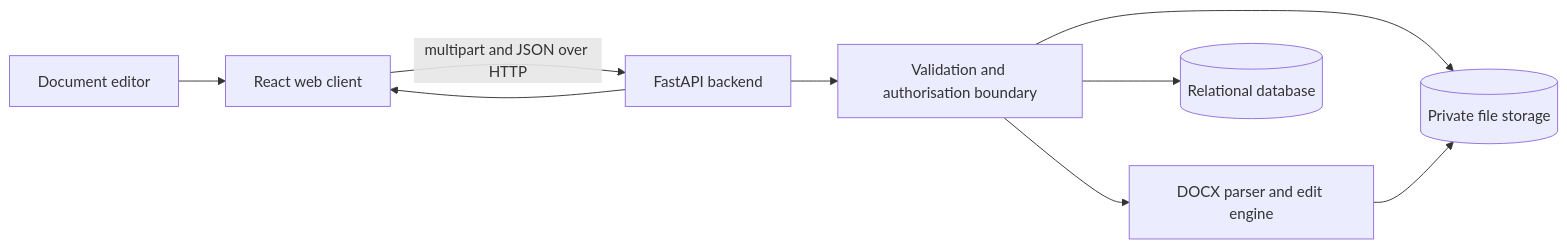
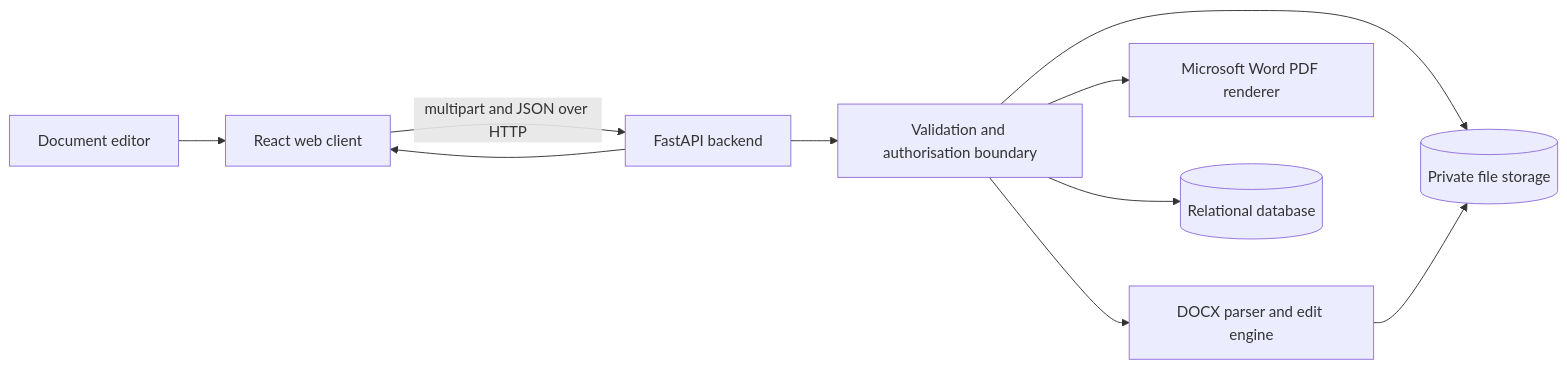
The first of 2 diagrams in docs/architecture.md (DeanFeldman/DocuSync), drawn with Mermaid before and after one commit. The commit also changed other lines of this file and 18 other files, not shown here.

````diff
--- a/docs/architecture.md
+++ b/docs/architecture.md
@@ -3,11 +3,12 @@
 ```mermaid
 flowchart LR
     U[Document editor] --> W[React web client]
     W -->|multipart and JSON over HTTP| A[FastAPI backend]
     A --> V[Validation and authorisation boundary]
     V --> P[DOCX parser and edit engine]
+    V --> R[Microsoft Word PDF renderer]
     V --> D[(Relational database)]
     V --> S[(Private file storage)]
     P --> S
     A --> W
 ```
````
